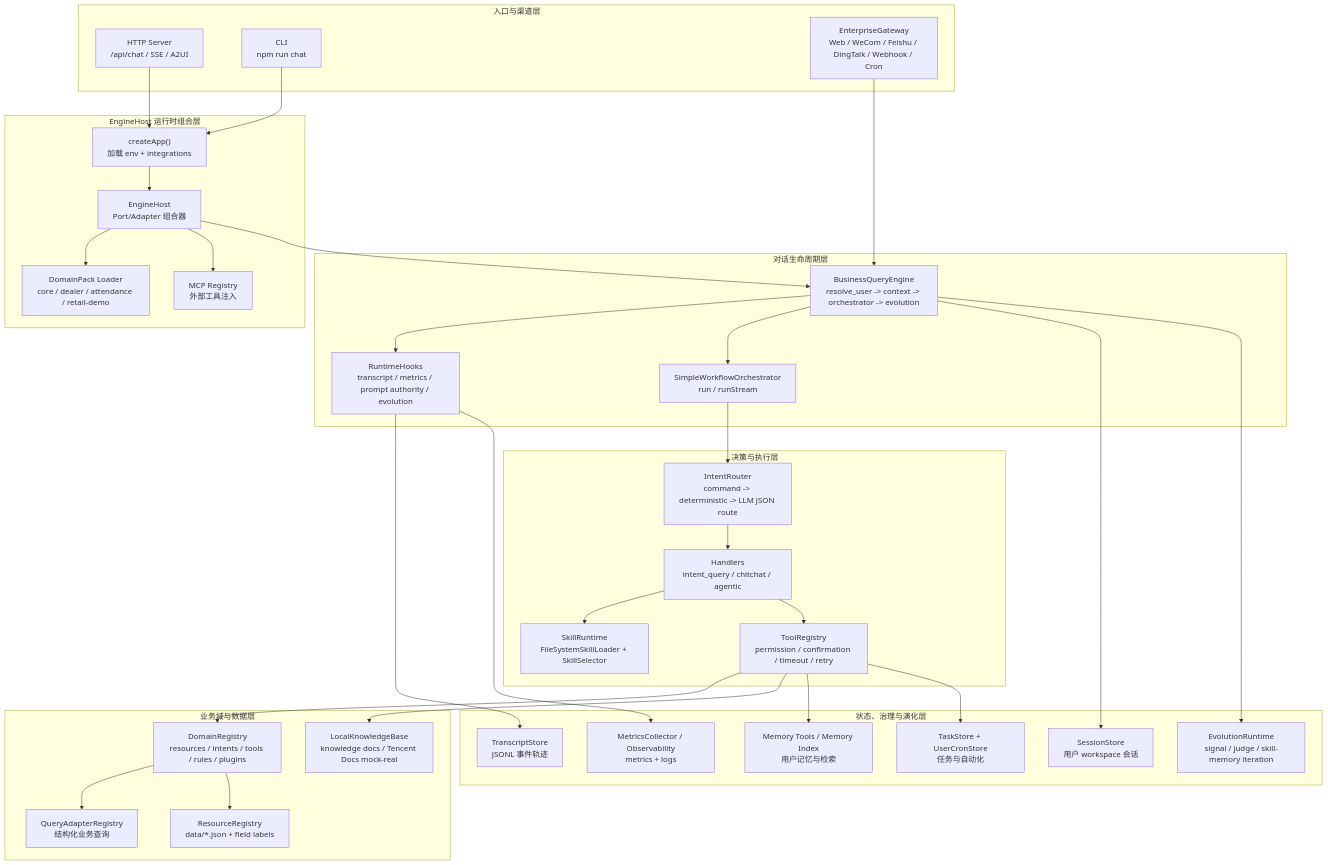
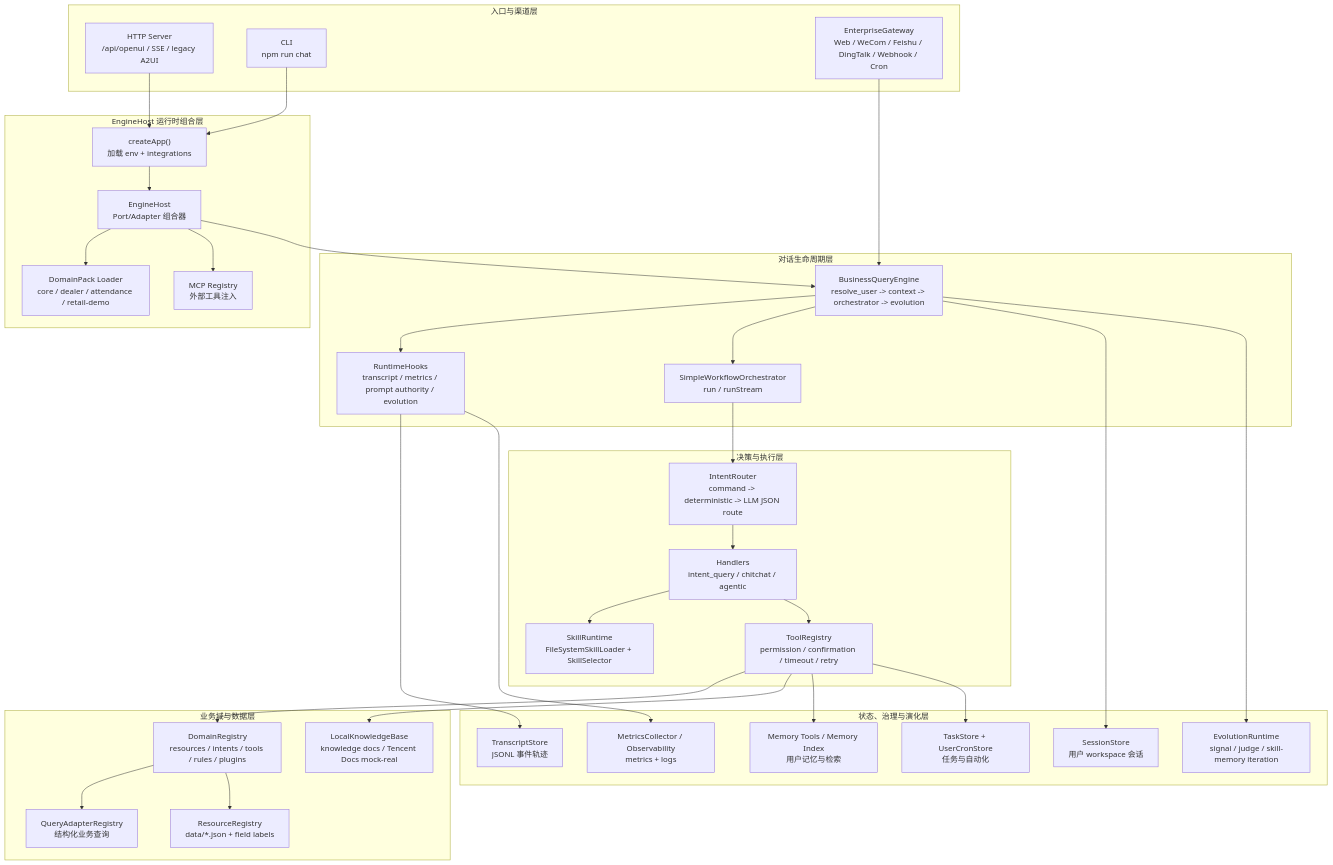
One commit to Tigertonight/langclaw_agent changed the first of 4 diagrams in docs/current-project-architecture.md. Above: the diagram before and after it, drawn with Mermaid. The commit also changed other lines of this file and 135 other files, not shown here.

````diff
--- a/docs/current-project-architecture.md
+++ b/docs/current-project-architecture.md
@@ -13,68 +13,68 @@
 ```mermaid
 flowchart TB
   subgraph Entry["入口与渠道层"]
-    HTTP["HTTP Server\n/api/chat / SSE / A2UI"]
+    HTTP["HTTP Server\n/api/openui / SSE / legacy A2UI"]
     CLI["CLI\nnpm run chat"]
     Gateway["EnterpriseGateway\nWeb / WeCom / Feishu / DingTalk / Webhook / Cron"]
   end
 
   subgraph Host["EngineHost 运行时组合层"]
     App["createApp()\n加载 env + integrations"]
     Engine["EngineHost\nPort/Adapter 组合器"]
     Packs["DomainPack Loader\ncore / dealer / attendance / retail-demo"]
     MCP["MCP Registry\n外部工具注入"]
   end
 
   subgraph Runtime["对话生命周期层"]
     QueryEngine["BusinessQueryEngine\nresolve_user -> context -> orchestrator -> evolution"]
     Hooks["RuntimeHooks\ntranscript / metrics / prompt authority / evolution"]
     Orchestrator["SimpleWorkflowOrchestrator\nrun / runStream"]
   end
 
   subgraph Decision["决策与执行层"]
     Router["IntentRouter\ncommand -> deterministic -> LLM JSON route"]
     Handlers["Handlers\nintent_query / chitchat / agentic"]
     Skills["SkillRuntime\nFileSystemSkillLoader + SkillSelector"]
     Tools["ToolRegistry\npermission / confirmation / timeout / retry"]
   end
 
   subgraph Business["业务域与数据层"]
     Domain["DomainRegistry\nresources / intents / tools / rules / plugins"]
     Query["QueryAdapterRegistry\n结构化业务查询"]
     Resources["ResourceRegistry\ndata/*.json + field labels"]
     KB["LocalKnowledgeBase\nknowledge docs / Tencent Docs mock-real"]
   end
 
   subgraph State["状态、治理与演化层"]
     Session["SessionStore\n用户 workspace 会话"]
     Transcript["TranscriptStore\nJSONL 事件轨迹"]
     Memory["Memory Tools / Memory Index\n用户记忆与检索"]
     TaskCron["TaskStore + UserCronStore\n任务与自动化"]
     Evolution["EvolutionRuntime\nsignal / judge / skill-memory iteration"]
     Metrics["MetricsCollector / Observability\nmetrics + logs"]
   end
 
   HTTP --> App
   CLI --> App
   Gateway --> QueryEngine
   App --> Engine
   Engine --> Packs
   Engine --> MCP
   Engine --> QueryEngine
   QueryEngine --> Hooks
   QueryEngine --> Orchestrator
   Orchestrator --> Router
   Router --> Handlers
   Handlers --> Skills
   Handlers --> Tools
   Tools --> Domain
   Domain --> Query
   Domain --> Resources
   Tools --> KB
   QueryEngine --> Session
   Hooks --> Transcript
   Tools --> Memory
   Tools --> TaskCron
   QueryEngine --> Evolution
   Hooks --> Metrics
 ```
````
